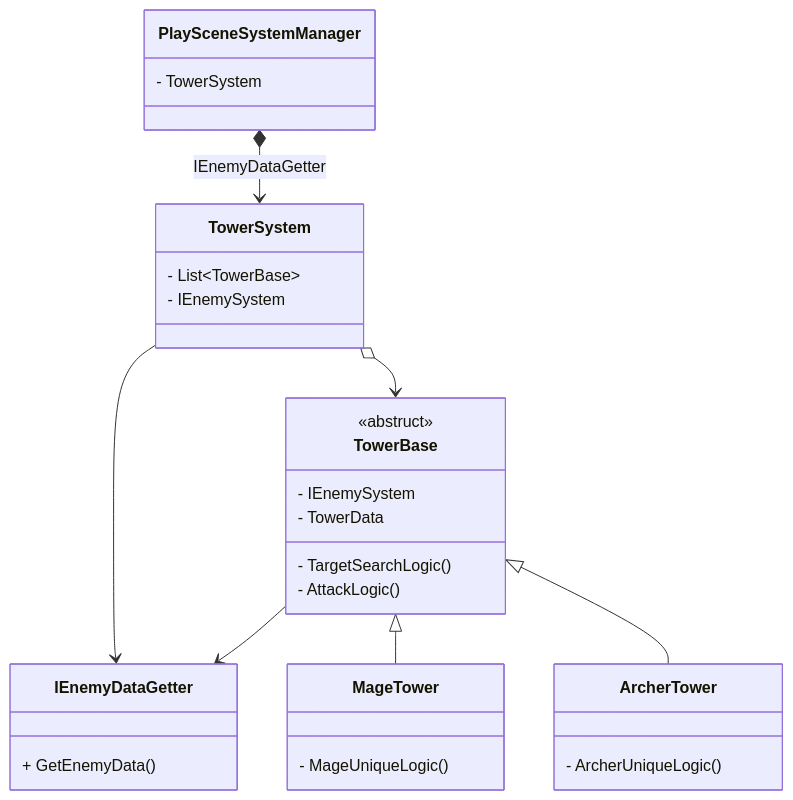
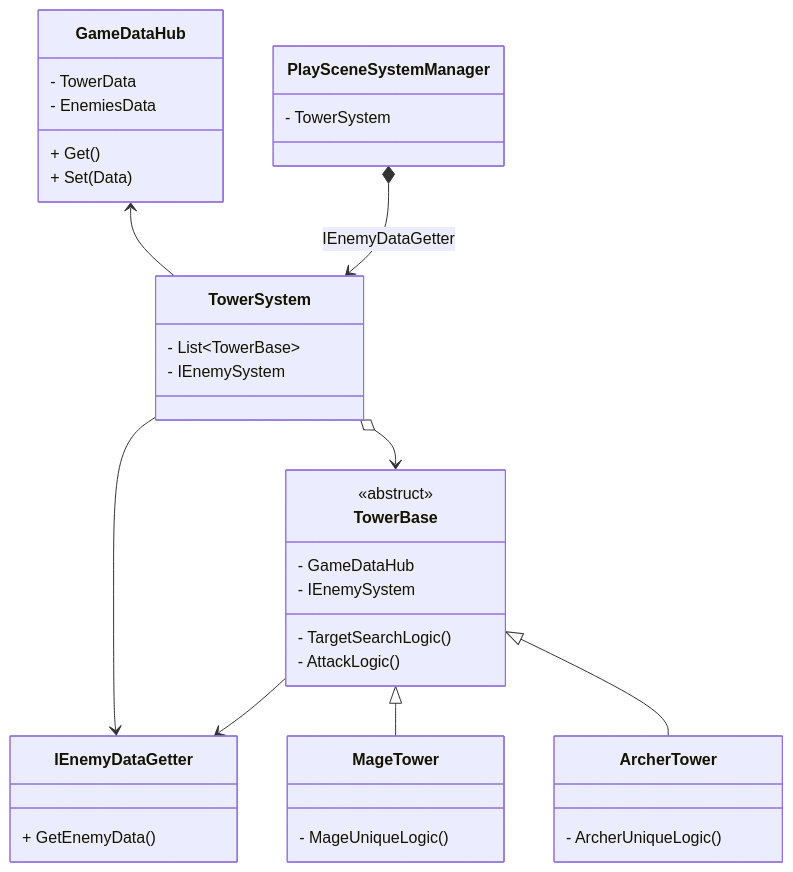
The ninth of 9 diagrams in _Doc/DevelopmentLog.md (HyunWoo-Jo/ProjectHS), drawn with Mermaid before and after one commit.

````diff
--- a/_Doc/DevelopmentLog.md
+++ b/_Doc/DevelopmentLog.md
@@ -382,40 +382,48 @@
 ```mermaid
 classDiagram
 
 class PlaySceneSystemManager {
     - TowerSystem
 }
 
 class TowerSystem {
     - List&ltTowerBase&gt
     - IEnemySystem
 }
 class TowerBase {
     <<abstruct>>
+    - GameDataHub
     - IEnemySystem
-    - TowerData
     - TargetSearchLogic()
     - AttackLogic()
 }
 class MageTower {
     - MageUniqueLogic()
 }
 class ArcherTower {
      - ArcherUniqueLogic()
 }
 
 class IEnemyDataGetter{
     + GetEnemyData()
 }
 
+class GameDataHub {
+    - TowerData
+    - EnemiesData
+    + Get()
+    + Set(Data)
+}
+
 TowerBase <|-- MageTower
 TowerBase <|-- ArcherTower
 
 TowerSystem --> IEnemyDataGetter
 TowerBase --> IEnemyDataGetter
 
+GameDataHub <-- TowerSystem
 
 PlaySceneSystemManager *--> TowerSystem : IEnemyDataGetter
 TowerSystem o--> TowerBase
 
 ```
````
